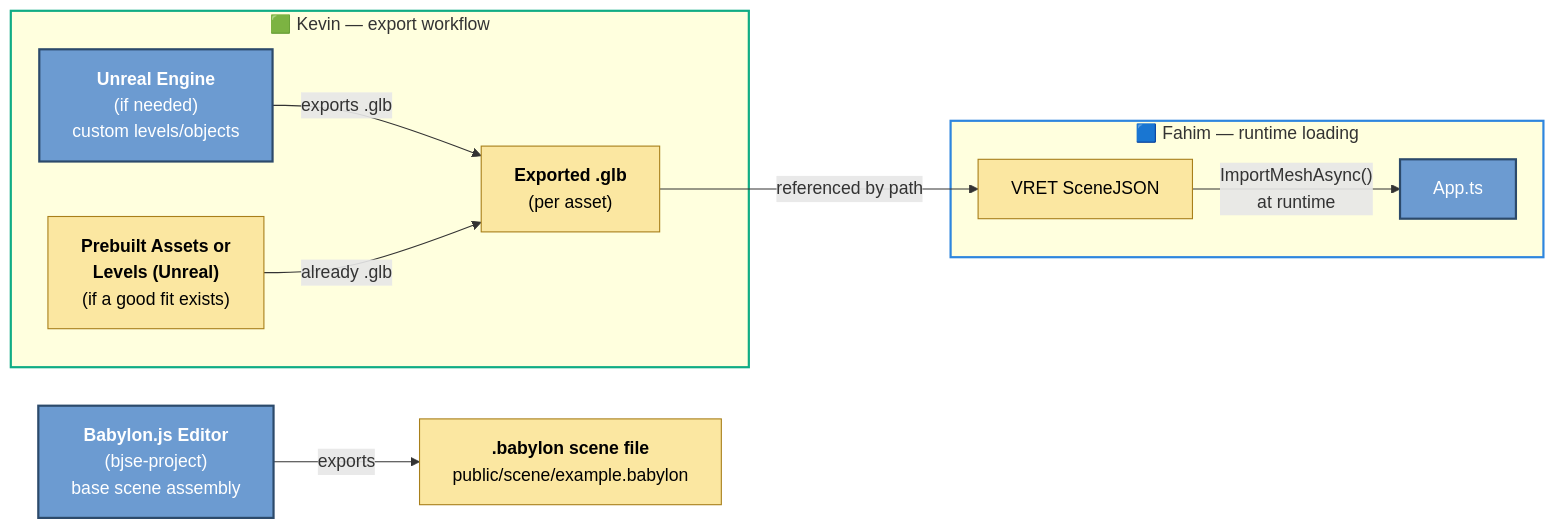
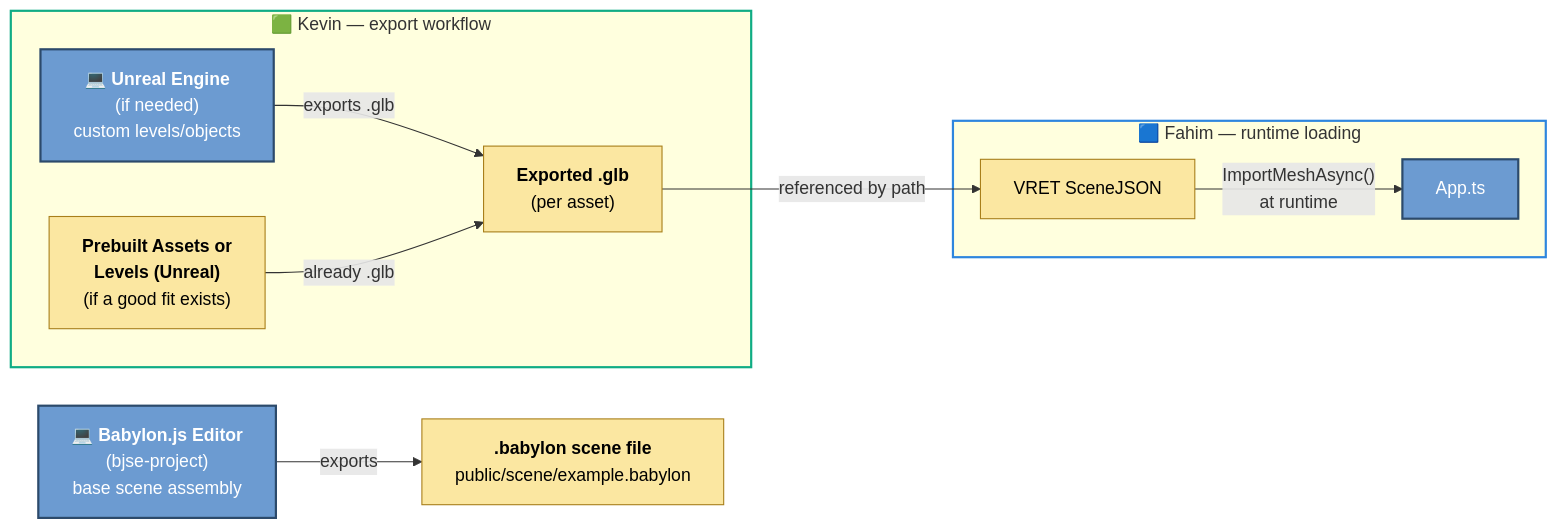
One commit to SBU-VRET/VRET-Project changed the third of 8 diagrams in docs/TECH_PIPELINE.md. Above: the diagram before and after it, drawn with Mermaid. The commit also changed other lines of this file and 20 other files, not shown here.

````diff
--- a/docs/TECH_PIPELINE.md
+++ b/docs/TECH_PIPELINE.md
@@ -110,19 +112,19 @@
 ```mermaid
 flowchart LR
     subgraph K2["🟩 Kevin — export workflow"]
-    Unreal["<b>Unreal Engine</b><br/>(if needed)<br/>custom levels/objects"] -->|"exports .glb"| GLB["<b>Exported .glb</b><br/>(per asset)"]
+    Unreal["💻 <b>Unreal Engine</b><br/>(if needed)<br/>custom levels/objects"] -->|"exports .glb"| GLB["<b>Exported .glb</b><br/>(per asset)"]
     Prebuilt["<b>Prebuilt Assets or<br/>Levels (Unreal)</b><br/>(if a good fit exists)"] -->|"already .glb"| GLB
     end
     subgraph F2["🟦 Fahim — runtime loading"]
     GLB -->|"referenced by path"| SceneJSON["VRET SceneJSON"]
     SceneJSON -->|"ImportMeshAsync()<br/>at runtime"| AppTS["App.ts"]
     end
-    BJSE["<b>Babylon.js Editor</b><br/>(bjse-project)<br/>base scene assembly"] -->|exports| BabylonScene["<b>.babylon scene file</b><br/>public/scene/example.babylon"]
+    BJSE["💻 <b>Babylon.js Editor</b><br/>(bjse-project)<br/>base scene assembly"] -->|exports| BabylonScene["<b>.babylon scene file</b><br/>public/scene/example.babylon"]
 
     style K2 stroke:#10AC84,stroke-width:2px
     style F2 stroke:#2E86DE,stroke-width:2px
     classDef tool fill:#6c9bd1,stroke:#2c4a6b,stroke-width:2px,color:#fff;
     classDef artifact fill:#fbe7a1,stroke:#a87f1a,stroke-width:1px,color:#000;
     class Unreal,BJSE,AppTS tool
     class GLB,Prebuilt,BabylonScene,SceneJSON artifact
 ```
````
